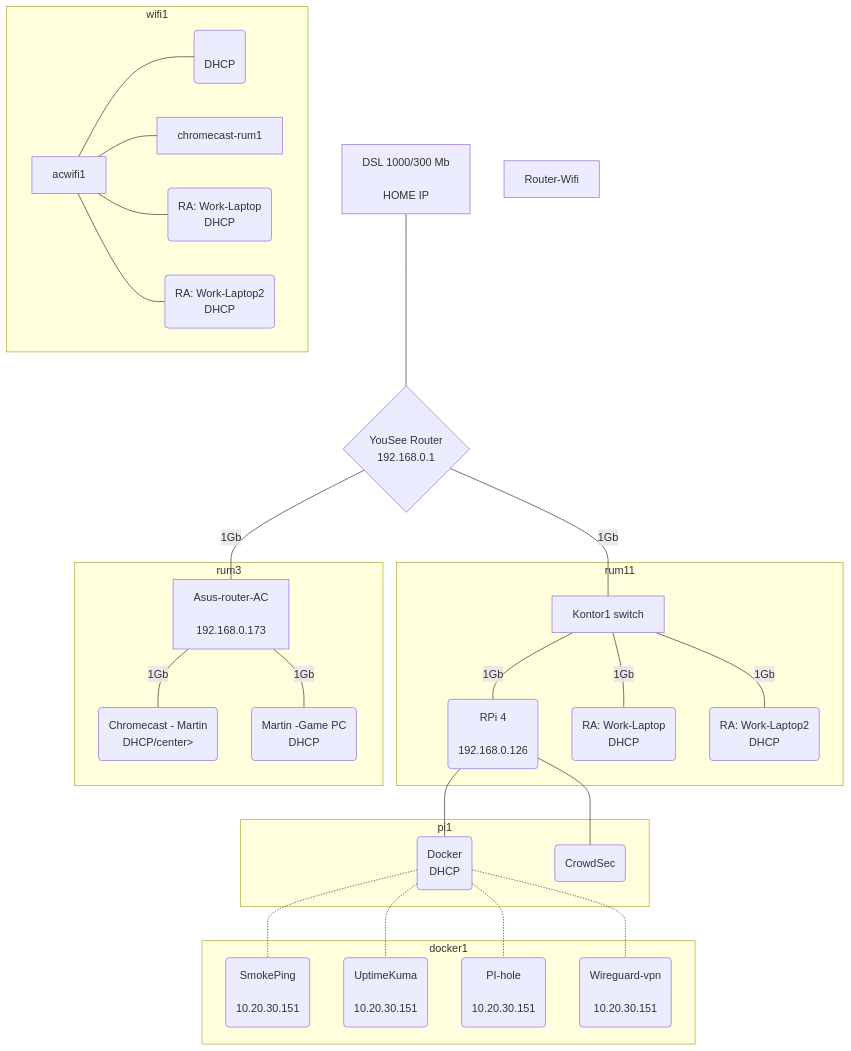
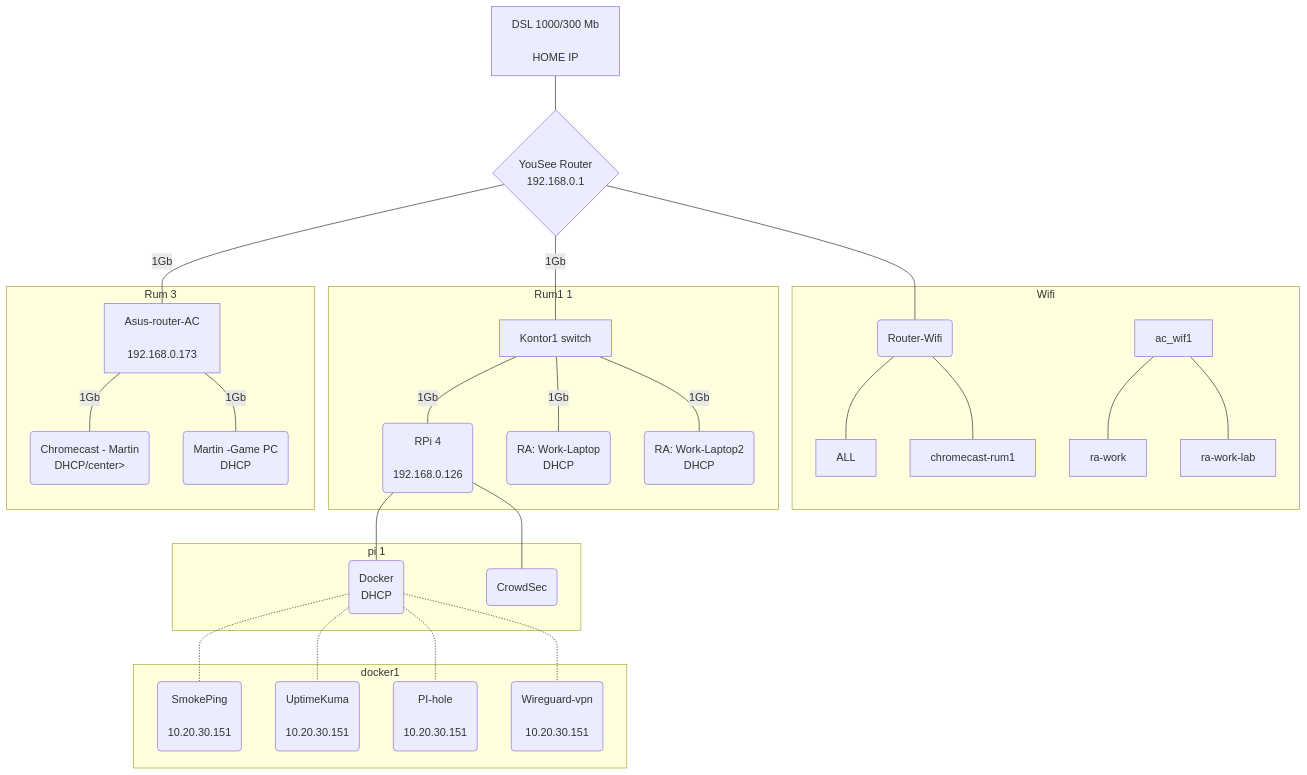
Before and after one commit to alf149/ansible: the diagram in Docs/Index.md, drawn with Mermaid.

````diff
--- a/Docs/Index.md
+++ b/Docs/Index.md
@@ -3,40 +3,40 @@
 ```mermaid
 graph TB
  linkStyle default interpolate basis
  wan1[<center>DSL 1000/300 Mb<br><br>HOME IP</center>]---router{<center>YouSee Router<br>192.168.0.1</center>}
- router---|1Gb|switch1[<center>Kontor1 switch</center>]
- router---|1Gb|switch2[<center>Asus-router-AC<br><br>192.168.0.173</center>]
- router-,-acwifi1[<center>Router-Wifi</center>]
+ router---|1Gb|rum_1[<center>Kontor1 switch</center>]
+ router---|1Gb|rum_3[<center>Asus-router-AC<br><br>192.168.0.173</center>]
+ router---ac_wifi(<center>Router-Wifi</center>)
 
- subgraph wifi1
- acwifi1---chromecast-rum0(<center><br>DHCP</center>)
- acwifi1---chromecast-rum1
- acwifi1---ra-work(<center>RA: Work-Laptop<br>DHCP</center>)
- acwifi1---ra-work-lab(<center>RA: Work-Laptop2<br>DHCP</center>)
+ subgraph Wifi
+ ac_wifi---ALL
+ ac_wifi---chromecast-rum1
+ ac_wif1---ra-work
+ ac_wif1---ra-work-lab
  end
 
 
- subgraph rum11
- switch1---|1Gb|pi(<center>RPi 4<br><br>192.168.0.126</center>)
- switch1---|1Gb|work(<center>RA: Work-Laptop<br>DHCP</center>)
- switch1---|1Gb|work-lab(<center>RA: Work-Laptop2<br>DHCP</center>)
+ subgraph Rum1 1
+ rum_1---|1Gb|pi(<center>RPi 4<br><br>192.168.0.126</center>)
+ rum_1---|1Gb|work(<center>RA: Work-Laptop<br>DHCP</center>)
+ rum_1---|1Gb|work-lab(<center>RA: Work-Laptop2<br>DHCP</center>)
  end
  
- subgraph rum3
- switch2---|1Gb|chromecast-rum3(<center>Chromecast - Martin<br>DHCP/center>)
- switch2---|1Gb|gamer-pc(<center>Martin -Game PC<br>DHCP</center>)
+ subgraph Rum 3
+ rum_3---|1Gb|chromecast-rum3(<center>Chromecast - Martin<br>DHCP/center>)
+ rum_3---|1Gb|gamer-pc(<center>Martin -Game PC<br>DHCP</center>)
  end
 
- subgraph pi1
+ subgraph pi 1
  pi---docker(<center>Docker<br>DHCP</center>)
  pi---crowdsec(<center>CrowdSec</center>)
  end
 
 subgraph docker1
  docker-.-smokeping(<center>SmokePing<br><br>10.20.30.151</center>)
  docker-.-uptimeKuma(<center>UptimeKuma<br><br>10.20.30.151</center>)
  docker-.-pihole(<center>PI-hole<br><br>10.20.30.151</center>)
  docker-.-wireguardvpn(<center>Wireguard-vpn<br><br>10.20.30.151</center>)
  
  end
  ```
````
